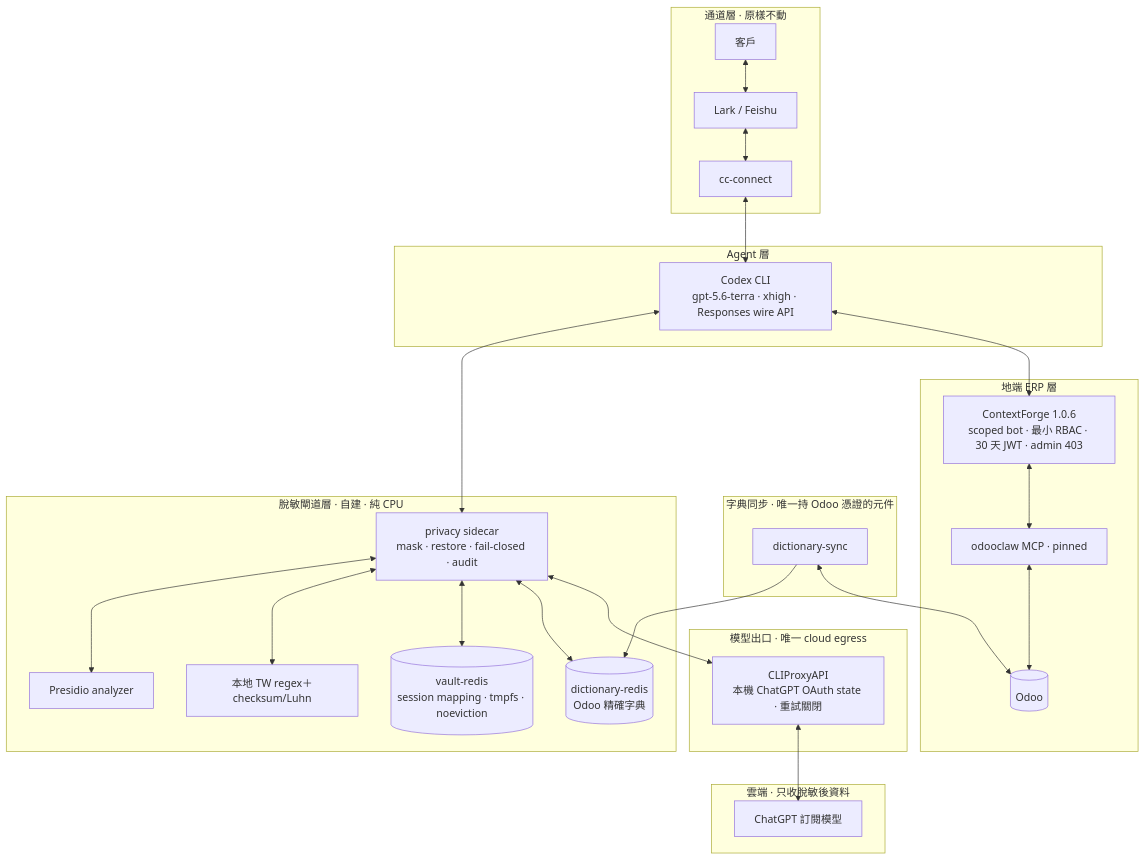
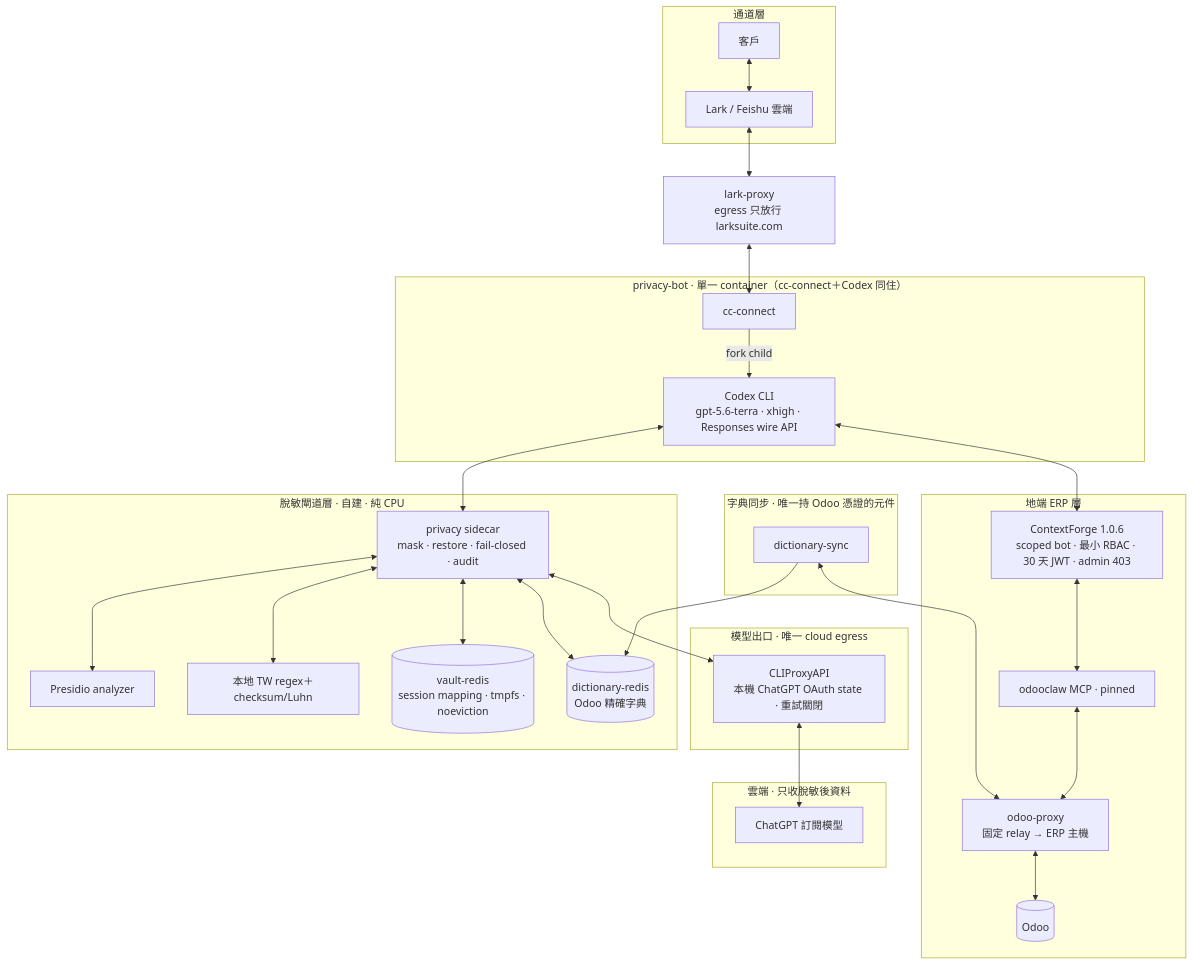
One commit to thx0701/osslab-agent changed the fourth of 4 diagrams in docs/field-notes/06-privacy-masking-gateway.md. Above: the diagram before and after it, drawn with Mermaid. The commit also changed other lines of this file and 4 other files, not shown here.

Commit message:
docs(field-notes): 06 修正 as-built component 圖——privacy-bot 單一 container（cc-connect＋Codex 同住），補 lark-proxy／odoo-proxy relay

````diff
--- a/docs/field-notes/06-privacy-masking-gateway.md
+++ b/docs/field-notes/06-privacy-masking-gateway.md
@@ -227,51 +227,57 @@
 ```mermaid
 flowchart TB
-    subgraph CH["通道層 · 原樣不動"]
-        U[客戶] <--> LK[Lark / Feishu]
-        LK <--> CC[cc-connect]
+    subgraph CH["通道層"]
+        U[客戶] <--> LK["Lark / Feishu 雲端"]
     end
 
-    subgraph AG["Agent 層"]
+    LP["lark-proxy<br>egress 只放行 larksuite.com"]
+
+    subgraph BOT["privacy-bot · 單一 container（cc-connect＋Codex 同住）"]
+        CC["cc-connect"]
         CX["Codex CLI<br>gpt-5.6-terra · xhigh · Responses wire API"]
+        CC -->|fork child| CX
     end
 
     subgraph GW["脫敏閘道層 · 自建 · 純 CPU"]
         P["privacy sidecar<br>mask · restore · fail-closed · audit"]
         PS["Presidio analyzer"]
         TW["本地 TW regex＋checksum/Luhn"]
         VR[("vault-redis<br>session mapping · tmpfs · noeviction")]
         DR[("dictionary-redis<br>Odoo 精確字典")]
         P <--> PS
         P <--> TW
         P <--> VR
         P <--> DR
     end
 
     subgraph SYNC["字典同步 · 唯一持 Odoo 憑證的元件"]
         DS["dictionary-sync"]
     end
 
     subgraph OUT["模型出口 · 唯一 cloud egress"]
         CP["CLIProxyAPI<br>本機 ChatGPT OAuth state · 重試關閉"]
     end
 
     subgraph CLD["雲端 · 只收脫敏後資料"]
         AI["ChatGPT 訂閱模型"]
     end
 
     subgraph ERP["地端 ERP 層"]
         CF["ContextForge 1.0.6<br>scoped bot · 最小 RBAC · 30 天 JWT · admin 403"]
         OC["odooclaw MCP · pinned"]
+        OP["odoo-proxy<br>固定 relay → ERP 主機"]
         O[("Odoo")]
         CF <--> OC
-        OC <--> O
+        OC <--> OP
+        OP <--> O
     end
 
-    CC <--> CX
+    LK <--> LP
+    LP <--> CC
     CX <--> P
     P <--> CP
     CP <--> AI
     CX <--> CF
     DS --> DR
-    DS <--> O
+    DS <--> OP
 ```
````
